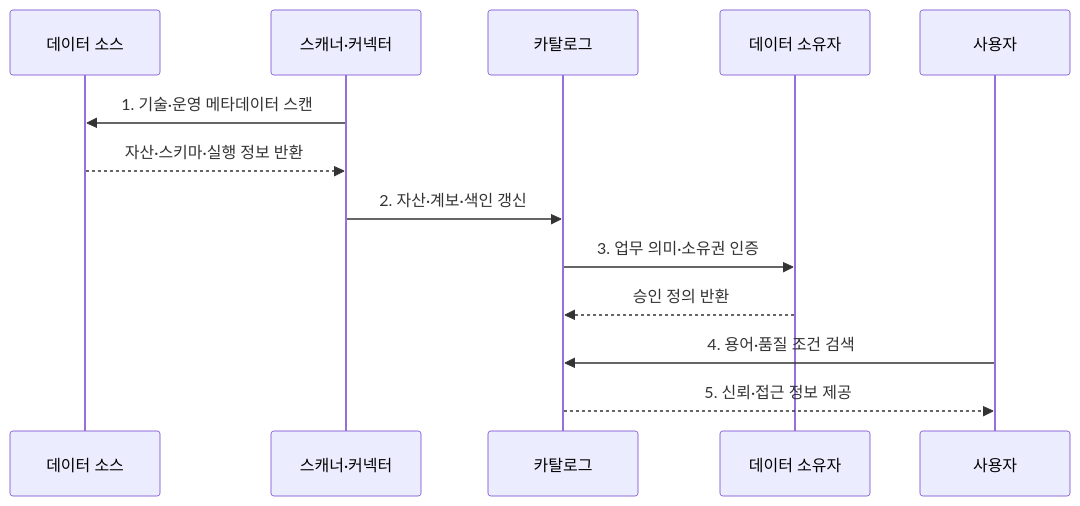
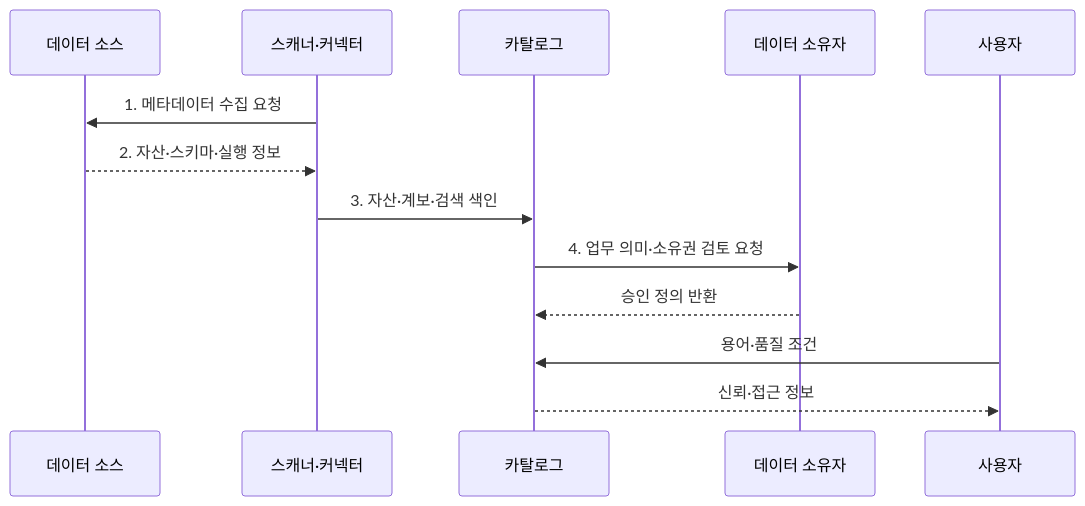
The second of 2 diagrams in src/content/docs/notes/03-software/133_data_catalog.md (agnusdei1207/knowledge-base), drawn with Mermaid before and after one commit. The commit also changed other lines of this file and 20 other files, not shown here.

````diff
--- a/src/content/docs/notes/03-software/133_data_catalog.md
+++ b/src/content/docs/notes/03-software/133_data_catalog.md
@@ -81,15 +89,15 @@
 ```mermaid
 sequenceDiagram
     participant S as 데이터 소스
     participant C as 스캐너·커넥터
     participant M as 카탈로그
     participant O as 데이터 소유자
     participant U as 사용자
-    C->>S: 1. 기술·운영 메타데이터 스캔
-    S-->>C: 자산·스키마·실행 정보 반환
-    C->>M: 2. 자산·계보·색인 갱신
-    M->>O: 3. 업무 의미·소유권 인증
+    C->>S: 1. 메타데이터 수집 요청
+    S-->>C: 2. 자산·스키마·실행 정보
+    C->>M: 3. 자산·계보·검색 색인
+    M->>O: 4. 업무 의미·소유권 검토 요청
     O-->>M: 승인 정의 반환
-    U->>M: 4. 용어·품질 조건 검색
-    M-->>U: 5. 신뢰·접근 정보 제공
+    U->>M: 용어·품질 조건
+    M-->>U: 신뢰·접근 정보
 ```
````
